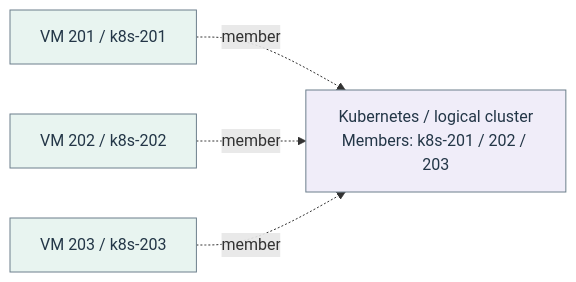
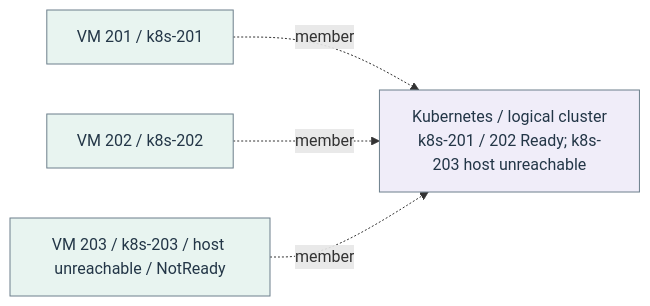
The diagram in docs/architecture/flow-8.mmd (Harsh-2002/Homelab), drawn with Mermaid before and after one commit. The commit also changed 27 other files, not shown here.

```diff
--- a/docs/architecture/flow-8.mmd
+++ b/docs/architecture/flow-8.mmd
@@ -1,12 +1,12 @@
 flowchart LR
-  n_flow_8_0["Kubernetes / logical cluster<br/>Members: k8s-201 / 202 / 203"]
+  n_flow_8_0["Kubernetes / logical cluster<br/>k8s-201 / 202 Ready; k8s-203 host unreachable"]
   n_flow_8_1["VM 201 / k8s-201"]
   n_flow_8_2["VM 202 / k8s-202"]
-  n_flow_8_3["VM 203 / k8s-203"]
+  n_flow_8_3["VM 203 / k8s-203 / host unreachable / NotReady"]
   n_flow_8_1 -.->|"member"| n_flow_8_0
   n_flow_8_2 -.->|"member"| n_flow_8_0
   n_flow_8_3 -.->|"member"| n_flow_8_0
   classDef c_flow_8_0 fill:#f0edf9,stroke:#6c7f8c,color:#233647;
   class n_flow_8_0 c_flow_8_0;
   classDef c_flow_8_1 fill:#e8f4f0,stroke:#6c7f8c,color:#233647;
   class n_flow_8_1,n_flow_8_2,n_flow_8_3 c_flow_8_1;
```
